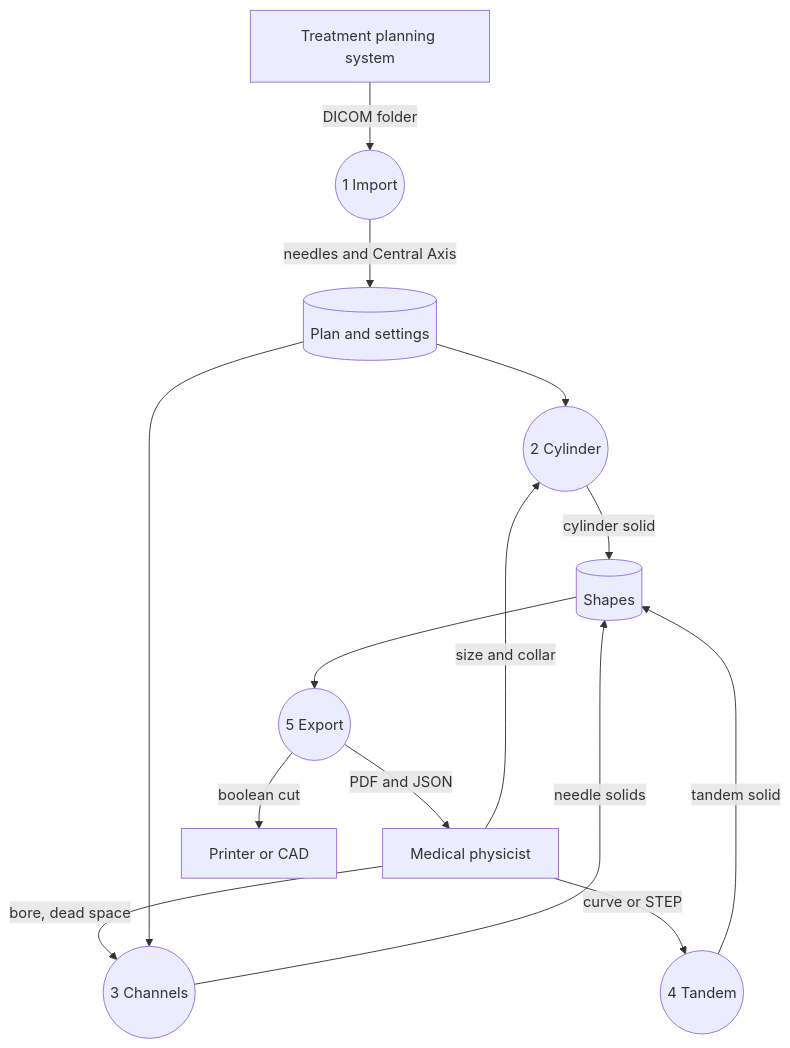
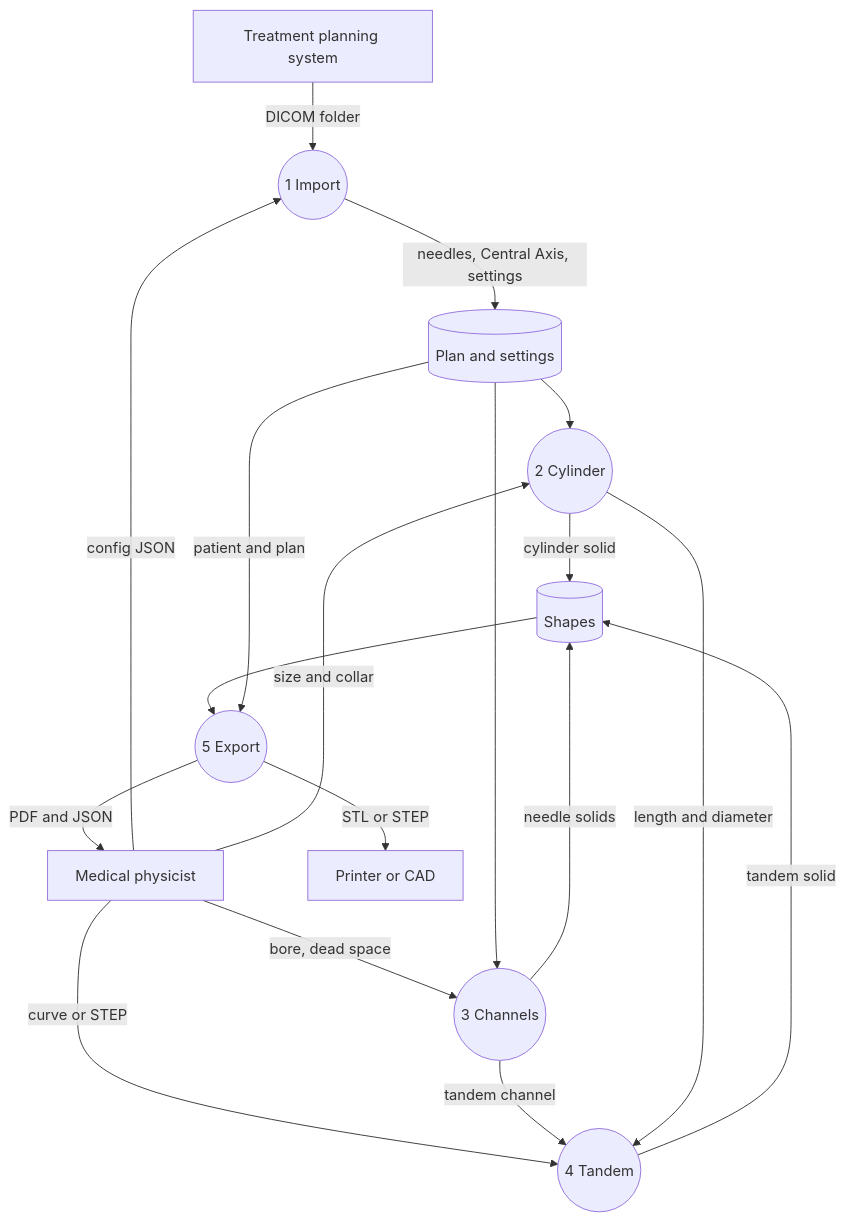
Before and after one commit to COSC-499-W2026/capstone-project-team-10: the diagram in docs/architecture/diagrams/existing-framework/dfd-1.mmd, drawn with Mermaid. The commit also changed 6 other files, not shown here.

Commit message:
docs: correct UML ownership and DFD flows to match the code

```diff
--- a/docs/architecture/diagrams/existing-framework/dfd-1.mmd
+++ b/docs/architecture/diagrams/existing-framework/dfd-1.mmd
@@ -1,28 +1,32 @@
 %% title: DFD level 1
 %% alt: DFD level 1, the five tabs
 flowchart TB
   tps["Treatment planning system"]
   physicist["Medical physicist"]
   printer["Printer or CAD"]
 
   p1(("1 Import"))
   p2(("2 Cylinder"))
   p3(("3 Channels"))
   p4(("4 Tandem"))
   p5(("5 Export"))
   d1[("Plan and settings")]
   d2[("Shapes")]
 
   tps -->|"DICOM folder"| p1
-  p1 -->|"needles and Central Axis"| d1
+  physicist -->|"config JSON"| p1
+  p1 -->|"needles, Central Axis, settings"| d1
   physicist -->|"size and collar"| p2
   d1 --> p2
   p2 -->|"cylinder solid"| d2
   physicist -->|"bore, dead space"| p3
   d1 --> p3
   p3 -->|"needle solids"| d2
   physicist -->|"curve or STEP"| p4
+  p3 -->|"tandem channel"| p4
+  p2 -->|"length and diameter"| p4
   p4 -->|"tandem solid"| d2
   d2 --> p5
-  p5 -->|"boolean cut"| printer
+  d1 -->|"patient and plan"| p5
+  p5 -->|"STL or STEP"| printer
   p5 -->|"PDF and JSON"| physicist
```
